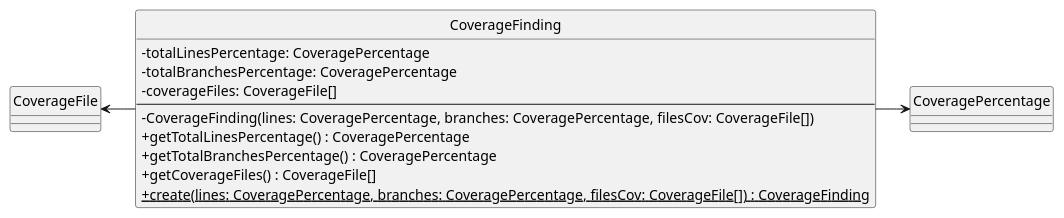
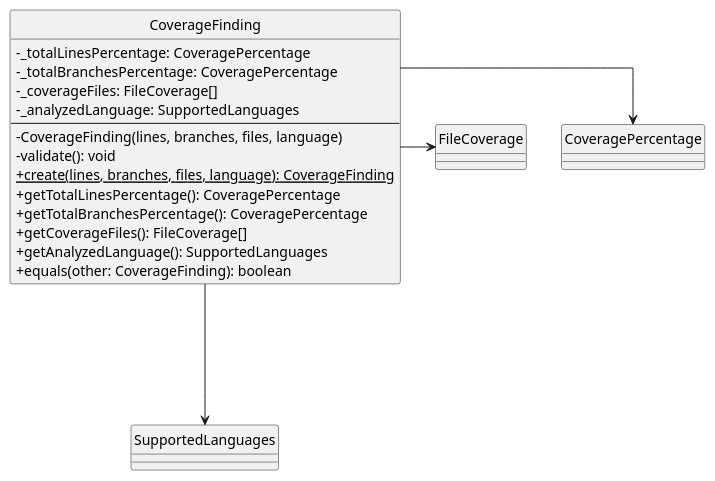
One commit to SkarabGroup/DocumentazioneProgetto changed the diagram in assets/st_diagrams/code/plantuml/analysis/domain/valueObjects/coverageFinding.vo.plantuml. Above: the diagram before and after it, drawn with PlantUML. The commit also changed 88 other files, not shown here.

```diff
--- a/assets/st_diagrams/code/plantuml/analysis/domain/valueObjects/coverageFinding.vo.plantuml
+++ b/assets/st_diagrams/code/plantuml/analysis/domain/valueObjects/coverageFinding.vo.plantuml
@@ -1,24 +1,29 @@
 @startuml CoverageFinding
 
 skinparam componentStyle uml2.5
 skinparam linetype ortho
 skinparam nodesep auto
 skinparam ranksep 70
 skinparam ClassAttributeIconSize 0
 hide circles
 
 class CoverageFinding {
-    - totalLinesPercentage: CoveragePercentage
-    - totalBranchesPercentage: CoveragePercentage
-    - coverageFiles: CoverageFile[]
+    - _totalLinesPercentage: CoveragePercentage
+    - _totalBranchesPercentage: CoveragePercentage
+    - _coverageFiles: FileCoverage[]
+    - _analyzedLanguage: SupportedLanguages
     ---
-    - CoverageFinding(lines: CoveragePercentage, branches: CoveragePercentage, filesCov: CoverageFile[])
-    + getTotalLinesPercentage() : CoveragePercentage
-    + getTotalBranchesPercentage() : CoveragePercentage
-    + getCoverageFiles() : CoverageFile[]
-    + {static} create(lines: CoveragePercentage, branches: CoveragePercentage, filesCov: CoverageFile[]) : CoverageFinding
+    - CoverageFinding(lines, branches, files, language)
+    - validate(): void
+    + {static} create(lines, branches, files, language): CoverageFinding
+    + getTotalLinesPercentage(): CoveragePercentage
+    + getTotalBranchesPercentage(): CoveragePercentage
+    + getCoverageFiles(): FileCoverage[]
+    + getAnalyzedLanguage(): SupportedLanguages
+    + equals(other: CoverageFinding): boolean
 }
 
-CoverageFinding --left--> CoverageFile
-CoverageFinding --right--> CoveragePercentage
+CoverageFinding --right-> CoveragePercentage
+CoverageFinding --right-> FileCoverage
+CoverageFinding --down-> SupportedLanguages
 @enduml
```
